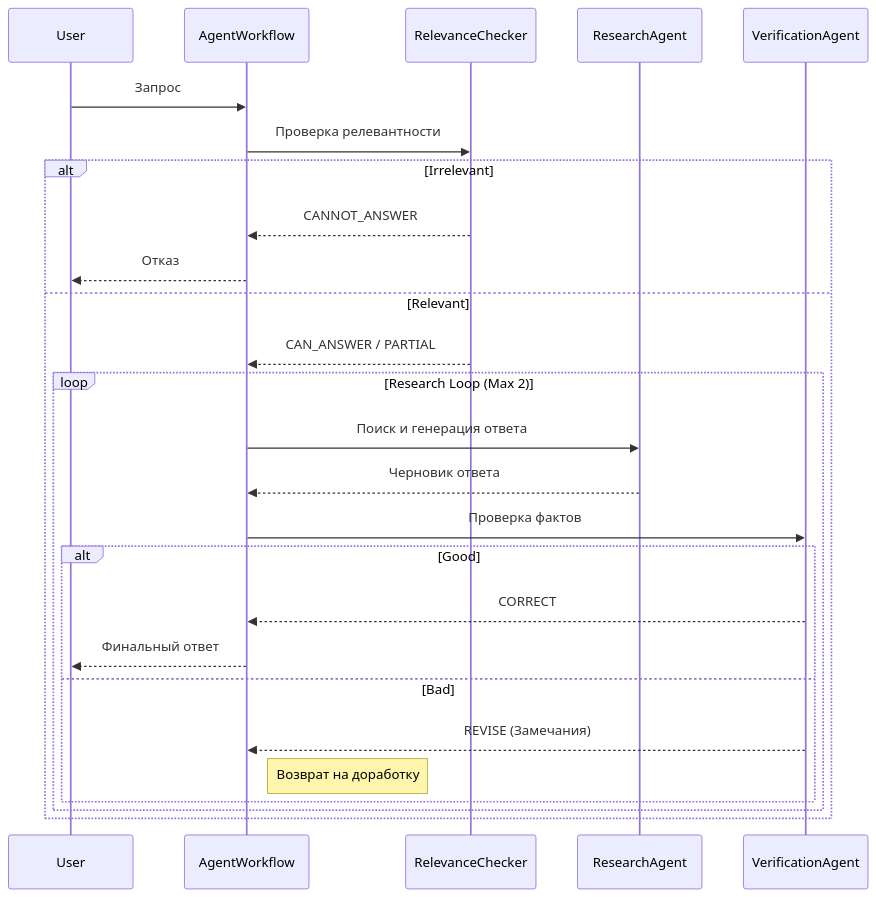
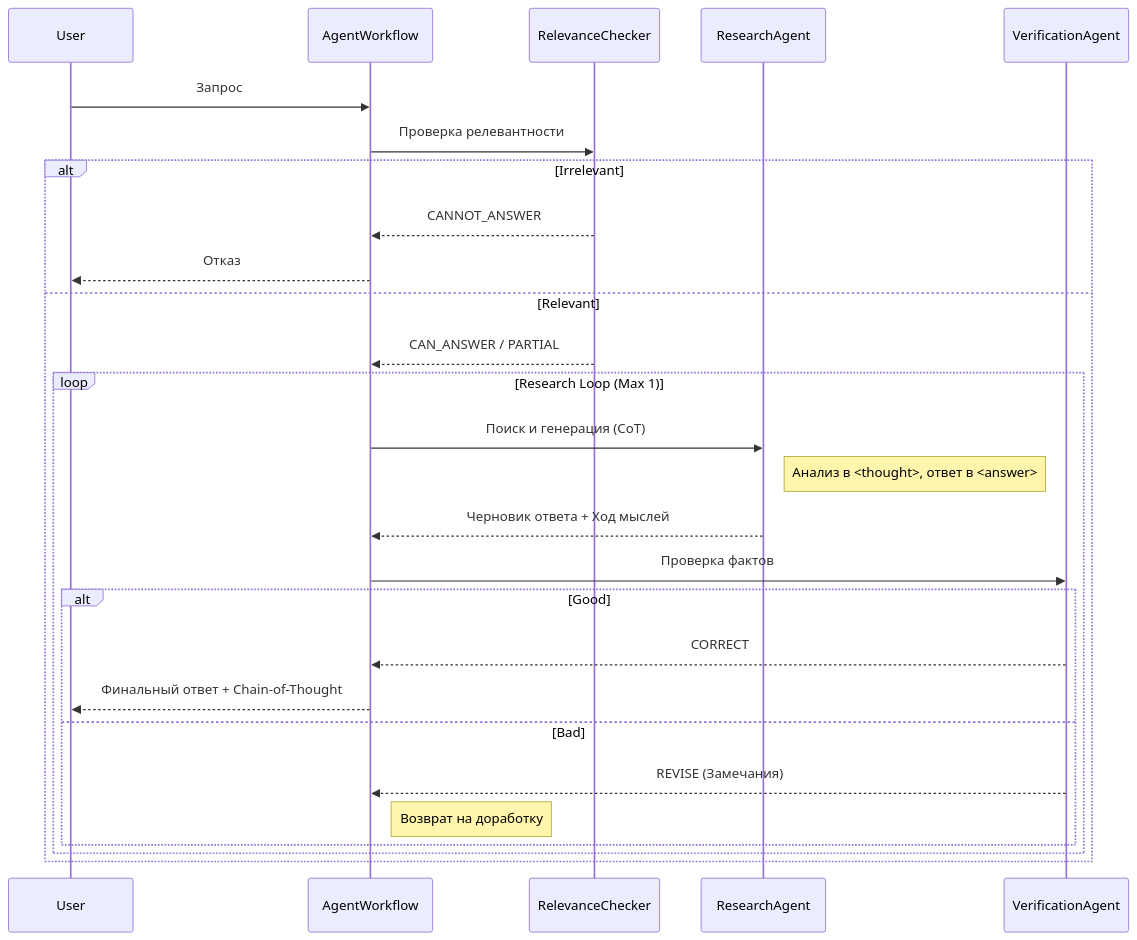
The diagram in docs/architecture/README.md (spqr-86/safety-incident-analyzer), drawn with Mermaid before and after one commit. The commit also changed other lines of this file and 17 other files, not shown here.

Commit message:
feat: upgrade to MAS v2 with Chain-of-Thought prompts and optimized retrieval

````diff
--- a/docs/architecture/README.md
+++ b/docs/architecture/README.md
@@ -20,29 +20,30 @@
 ```mermaid
 sequenceDiagram
     participant User
     participant Workflow as AgentWorkflow
     participant Relevance as RelevanceChecker
     participant Research as ResearchAgent
     participant Verify as VerificationAgent
 
     User->>Workflow: Запрос
     Workflow->>Relevance: Проверка релевантности
     alt Irrelevant
         Relevance-->>Workflow: CANNOT_ANSWER
         Workflow-->>User: Отказ
     else Relevant
         Relevance-->>Workflow: CAN_ANSWER / PARTIAL
-        loop Research Loop (Max 2)
-            Workflow->>Research: Поиск и генерация ответа
-            Research-->>Workflow: Черновик ответа
+        loop Research Loop (Max 1)
+            Workflow->>Research: Поиск и генерация (CoT)
+            Note right of Research: Анализ в <thought>, ответ в <answer>
+            Research-->>Workflow: Черновик ответа + Ход мыслей
             Workflow->>Verify: Проверка фактов
             alt Good
                 Verify-->>Workflow: CORRECT
-                Workflow-->>User: Финальный ответ
+                Workflow-->>User: Финальный ответ + Chain-of-Thought
             else Bad
                 Verify-->>Workflow: REVISE (Замечания)
                 Note right of Workflow: Возврат на доработку
             end
         end
     end
 ```
````
